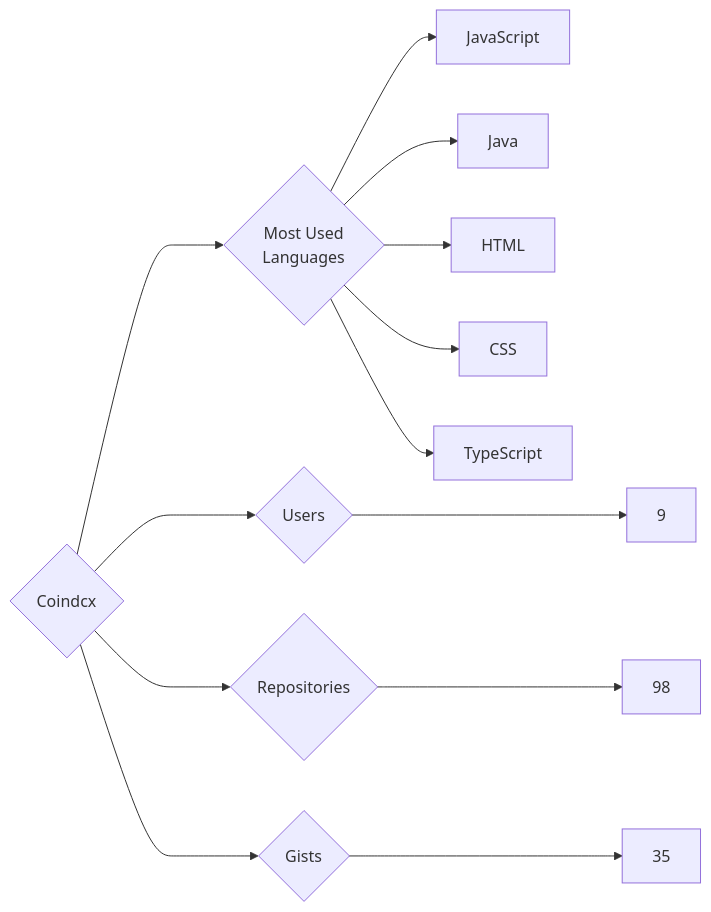
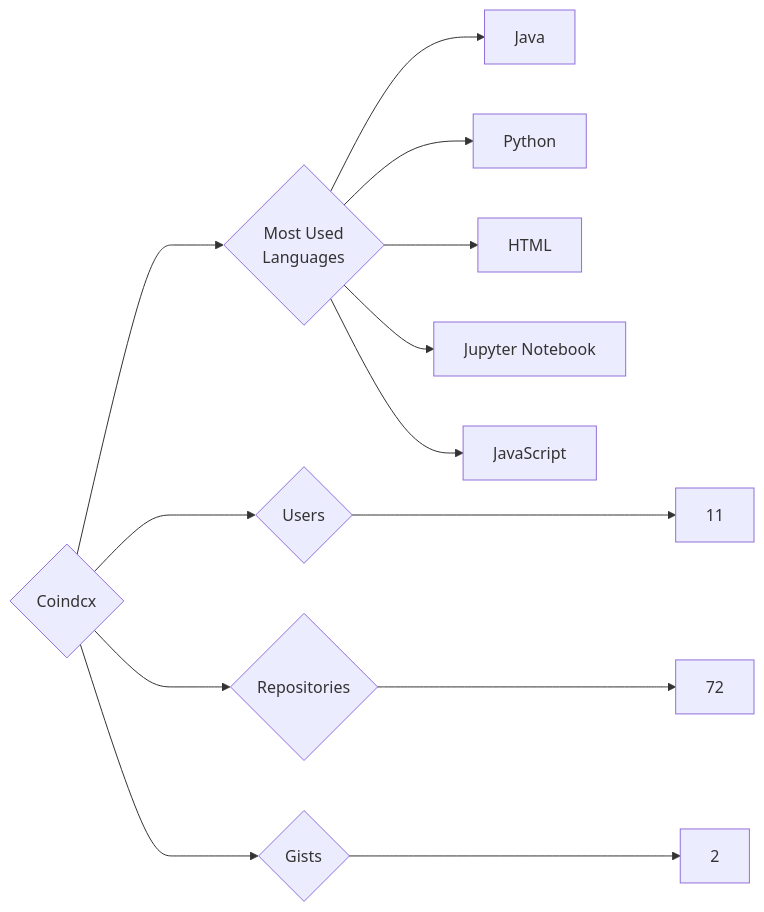
One commit to trickest/insiders changed the diagram in targets/Coindcx/README.md. Above: the diagram before and after it, drawn with Mermaid. The commit also changed 953 other files, not shown here.

````diff
--- a/targets/Coindcx/README.md
+++ b/targets/Coindcx/README.md
@@ -3,13 +3,13 @@
 ```mermaid
 graph LR
 COMPANY_NAME{Coindcx}
-COMPANY_NAME ---> U{Users} ---> UN[9]
-COMPANY_NAME ---> R{Repositories} ---> RN[98]
-COMPANY_NAME ---> G{Gists} ---> GN[35]
+COMPANY_NAME ---> U{Users} ---> UN[11]
+COMPANY_NAME ---> R{Repositories} ---> RN[72]
+COMPANY_NAME ---> G{Gists} ---> GN[2]
 COMPANY_NAME ---> ML{Most Used<br>Languages}
+ML --> Java[Java]
+ML --> Python[Python]
+ML --> HTML[HTML]
+ML --> Jupyter_Notebook[Jupyter Notebook]
 ML --> JavaScript[JavaScript]
-ML --> Java[Java]
-ML --> HTML[HTML]
-ML --> CSS[CSS]
-ML --> TypeScript[TypeScript]
 ```
````
